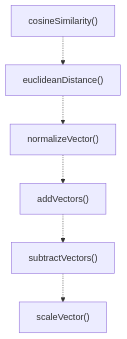
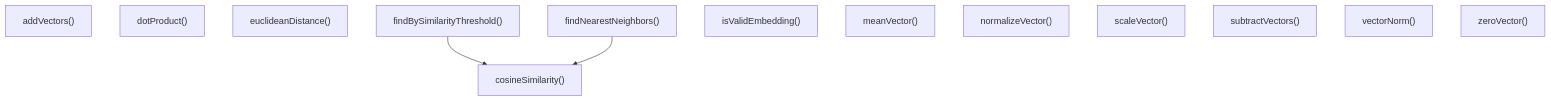
The second of 3 diagrams in ABDD/.pi/lib/embeddings/utils.md (Mekann2904/mekann), drawn with Mermaid before and after one commit. The commit also changed other lines of this file and 277 other files, not shown here.

````diff
--- a/ABDD/.pi/lib/embeddings/utils.md
+++ b/ABDD/.pi/lib/embeddings/utils.md
@@ -57,14 +57,18 @@
 ```mermaid
 flowchart TD
+  addVectors["addVectors()"]
   cosineSimilarity["cosineSimilarity()"]
+  dotProduct["dotProduct()"]
   euclideanDistance["euclideanDistance()"]
+  findBySimilarityThreshold["findBySimilarityThreshold()"]
+  findNearestNeighbors["findNearestNeighbors()"]
+  isValidEmbedding["isValidEmbedding()"]
+  meanVector["meanVector()"]
   normalizeVector["normalizeVector()"]
-  addVectors["addVectors()"]
+  scaleVector["scaleVector()"]
   subtractVectors["subtractVectors()"]
-  scaleVector["scaleVector()"]
-  cosineSimilarity -.-> euclideanDistance
-  euclideanDistance -.-> normalizeVector
-  normalizeVector -.-> addVectors
-  addVectors -.-> subtractVectors
-  subtractVectors -.-> scaleVector
+  vectorNorm["vectorNorm()"]
+  zeroVector["zeroVector()"]
+  findBySimilarityThreshold --> cosineSimilarity
+  findNearestNeighbors --> cosineSimilarity
 ```
````
